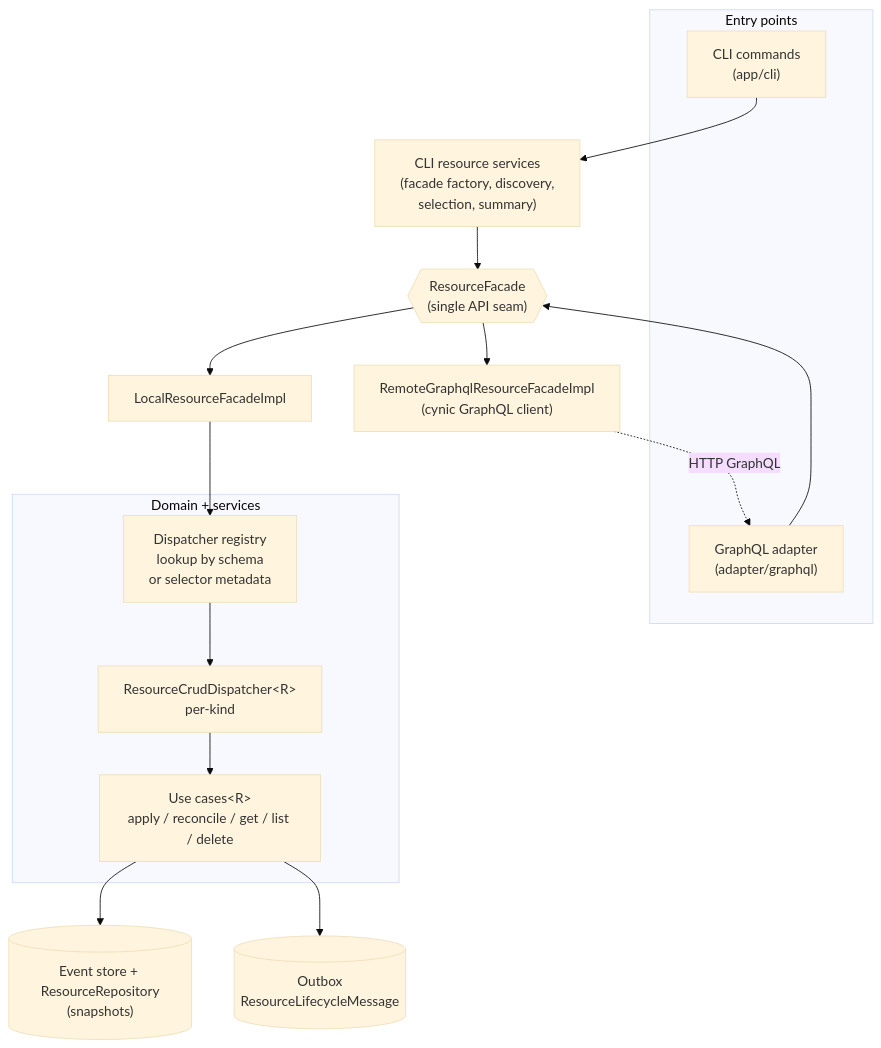
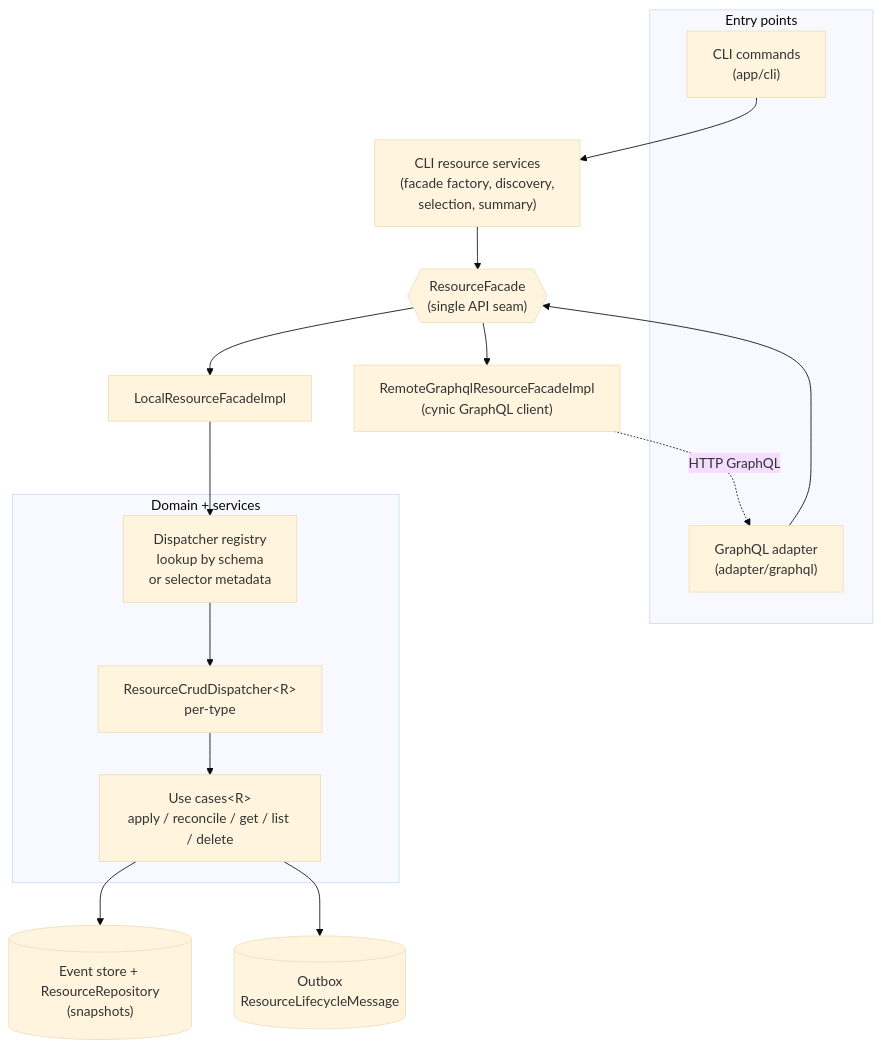
Before and after one commit to kamu-data/kamu-cli: the first of 7 diagrams in docs/internal/resources-framework.md, drawn with Mermaid (base theme). The commit also changed other lines of this file and 108 other files, not shown here.

Commit message:
Adopting ODF TypeName + introduced selector new types + cleanups of old "kind" terminology

````diff
--- a/docs/internal/resources-framework.md
+++ b/docs/internal/resources-framework.md
@@ -187,30 +187,30 @@
 ```mermaid
 flowchart TD
     subgraph adapters["Entry points"]
       CLI["CLI commands<br/>(app/cli)"]
       GQL["GraphQL adapter<br/>(adapter/graphql)"]
     end
 
     CLISVC["CLI resource services<br/>(facade factory, discovery,<br/>selection, summary)"]
     FACADE{{"ResourceFacade<br/>(single API seam)"}}
     LOCAL["LocalResourceFacadeImpl"]
     REMOTE["RemoteGraphqlResourceFacadeImpl<br/>(cynic GraphQL client)"]
 
     subgraph domain["Domain + services"]
       REG["Dispatcher registry<br/>lookup by schema<br/>or selector metadata"]
-      DISP["ResourceCrudDispatcher&lt;R&gt;<br/>per-kind"]
+      DISP["ResourceCrudDispatcher&lt;R&gt;<br/>per-type"]
       UC["Use cases&lt;R&gt;<br/>apply / reconcile / get / list / delete"]
     end
 
     STORE[("Event store + ResourceRepository<br/>(snapshots)")]
     OUTBOX[("Outbox<br/>ResourceLifecycleMessage")]
 
     CLI --> CLISVC --> FACADE
     GQL --> FACADE
     FACADE --> LOCAL
     FACADE --> REMOTE
     REMOTE -.HTTP GraphQL.-> GQL
     LOCAL --> REG --> DISP --> UC
     UC --> STORE
     UC --> OUTBOX
 ```
````
